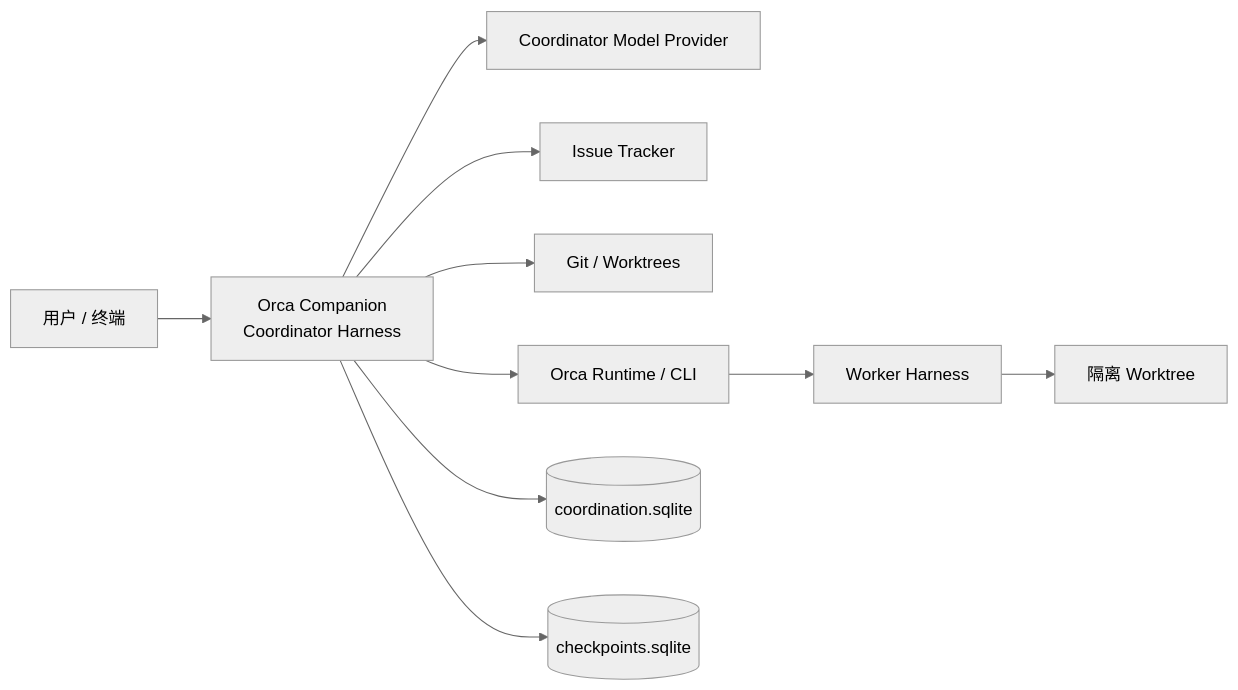
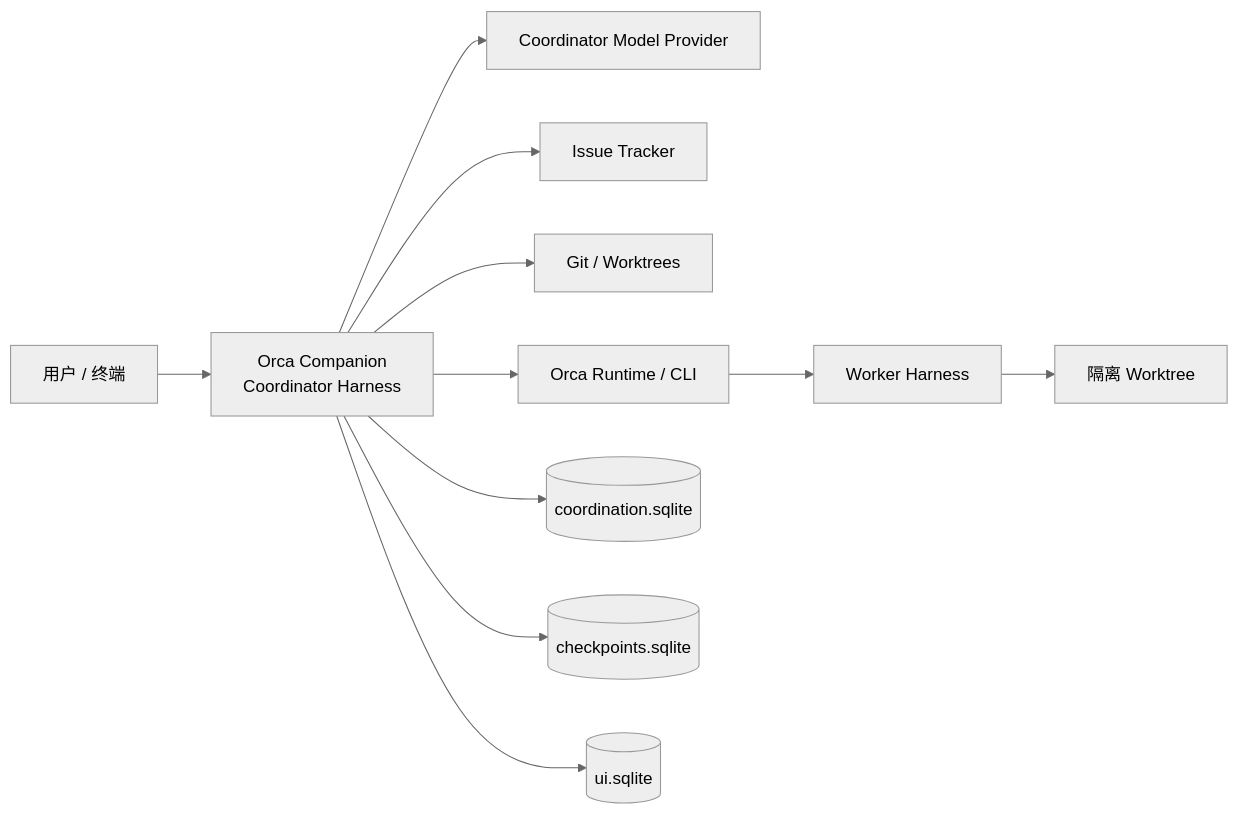
Before and after one commit to leike0813/orca-companion: the first of 8 diagrams in docs/architecture.md, drawn with Mermaid (neutral theme). The commit also changed other lines of this file and 1253 other files, not shown here.

````diff
--- a/docs/architecture.md
+++ b/docs/architecture.md
@@ -9,12 +9,13 @@
 ```mermaid
 flowchart LR
   User[用户 / 终端] --> Companion[Orca Companion\nCoordinator Harness]
   Companion --> Model[Coordinator Model Provider]
   Companion --> Tracker[Issue Tracker]
   Companion --> Git[Git / Worktrees]
   Companion --> Orca[Orca Runtime / CLI]
   Orca --> Harness[Worker Harness]
   Harness --> Workspace[隔离 Worktree]
   Companion --> Coordination[(coordination.sqlite)]
   Companion --> Checkpoints[(checkpoints.sqlite)]
+  Companion --> Inputs[(ui.sqlite)]
 ```
````
